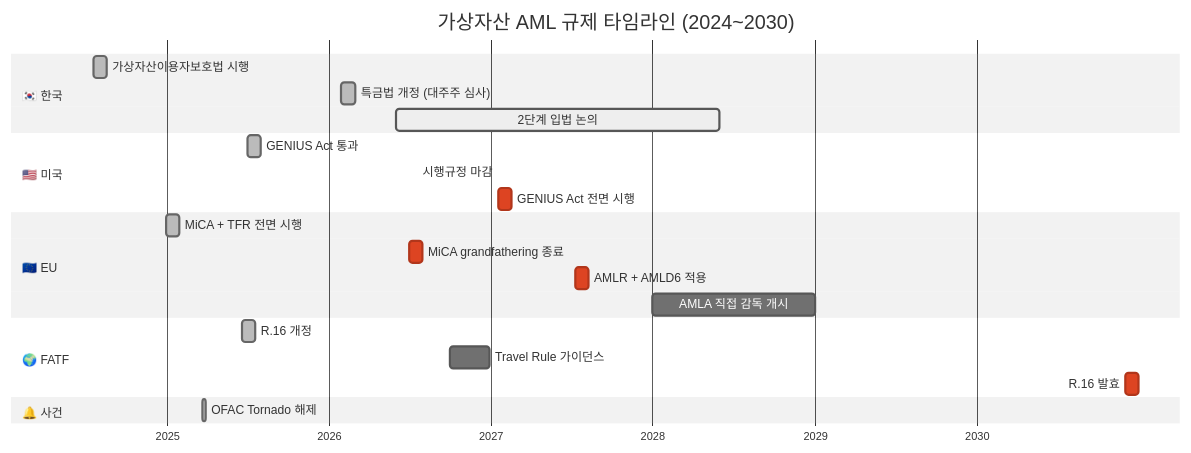
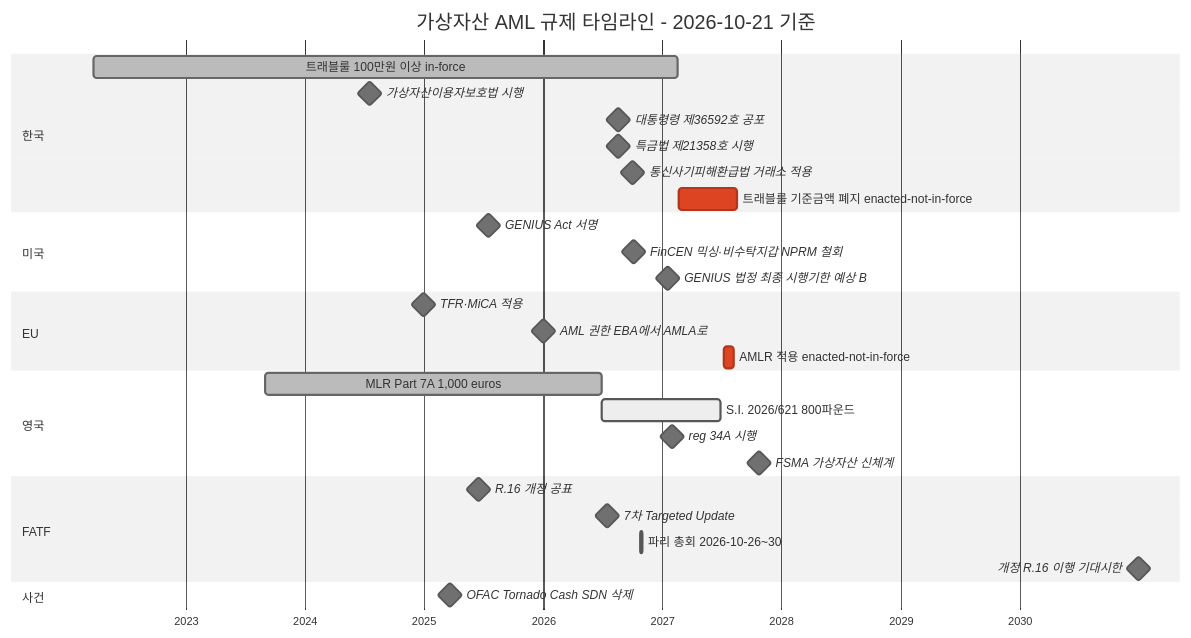
Before and after one commit to lala-david/aml-notes: the second of 2 diagrams in notes/2-regulations/README.md, drawn with Mermaid (neutral theme). The commit also changed other lines of this file and 379 other files, not shown here.

First line of the commit message:
notes,kb,en,deep,charts: 2026-10-21 기준 정정 46건 반영 — 출처 없는 수치를 걷어내고 다이어그램을 다시 그림

````diff
--- a/notes/2-regulations/README.md
+++ b/notes/2-regulations/README.md
@@ -64,31 +74,40 @@
 ```mermaid
 gantt
-    title 가상자산 AML 규제 타임라인 (2024~2030)
+    title 가상자산 AML 규제 타임라인 - 2026-10-21 기준
     dateFormat YYYY-MM-DD
     axisFormat %Y
     todayMarker off
 
-    section 🇰🇷 한국
-    가상자산이용자보호법 시행           :done, k1, 2024-07-19, 30d
-    특금법 개정 (대주주 심사)           :done, k2, 2026-01-29, 30d
-    2단계 입법 논의                    :active, k3, 2026-06-01, 730d
+    section 한국
+    트래블룰 100만원 이상 in-force              :done, k1, 2022-03-25, 2027-02-18
+    가상자산이용자보호법 시행                    :milestone, k2, 2024-07-19, 0d
+    대통령령 제36592호 공포                      :milestone, k3, 2026-08-18, 0d
+    특금법 제21358호 시행                        :milestone, k4, 2026-08-20, 0d
+    통신사기피해환급법 거래소 적용                :milestone, k5, 2026-10-01, 0d
+    트래블룰 기준금액 폐지 enacted-not-in-force   :crit, k6, 2027-02-19, 180d
 
-    section 🇺🇸 미국
-    GENIUS Act 통과                    :done, u1, 2025-07-01, 30d
-    시행규정 마감                      :u2, 2026-07-18, 1d
-    GENIUS Act 전면 시행               :crit, u3, 2027-01-18, 30d
+    section 미국
+    GENIUS Act 서명                              :milestone, u1, 2025-07-18, 0d
+    FinCEN 믹싱·비수탁지갑 NPRM 철회              :milestone, u2, 2026-10-06, 0d
+    GENIUS 법정 최종 시행기한 예상 B              :milestone, u3, 2027-01-18, 0d
 
-    section 🇪🇺 EU
-    MiCA + TFR 전면 시행                :done, e1, 2024-12-30, 30d
-    MiCA grandfathering 종료           :crit, e2, 2026-07-01, 30d
-    AMLR + AMLD6 적용                  :crit, e3, 2027-07-10, 30d
-    AMLA 직접 감독 개시                 :e4, 2028-01-01, 365d
+    section EU
+    TFR·MiCA 적용                                :milestone, e1, 2024-12-30, 0d
+    AML 권한 EBA에서 AMLA로                       :milestone, e2, 2026-01-01, 0d
+    AMLR 적용 enacted-not-in-force                :crit, e3, 2027-07-10, 30d
 
-    section 🌍 FATF
-    R.16 개정                          :done, f1, 2025-06-18, 30d
-    Travel Rule 가이던스                :f2, 2026-10-01, 90d
-    R.16 발효                          :crit, f3, 2030-12-01, 30d
+    section 영국
+    MLR Part 7A 1,000 euros                      :done, g1, 2023-09-01, 2026-06-29
+    S.I. 2026/621 800파운드                       :active, g2, 2026-06-30, 365d
+    reg 34A 시행                                 :milestone, g3, 2027-02-01, 0d
+    FSMA 가상자산 신체계                          :milestone, g4, 2027-10-25, 0d
 
-    section 🔔 사건
-    OFAC Tornado 해제                  :done, s1, 2025-03-21, 7d
+    section FATF
+    R.16 개정 공표                               :milestone, f1, 2025-06-18, 0d
+    7차 Targeted Update                          :milestone, f2, 2026-07-16, 0d
+    파리 총회 2026-10-26~30                      :f3, 2026-10-26, 5d
+    개정 R.16 이행 기대시한                       :milestone, f4, 2030-12-31, 0d
+
+    section 사건
+    OFAC Tornado Cash SDN 삭제                   :milestone, s1, 2025-03-21, 0d
 ```
````
